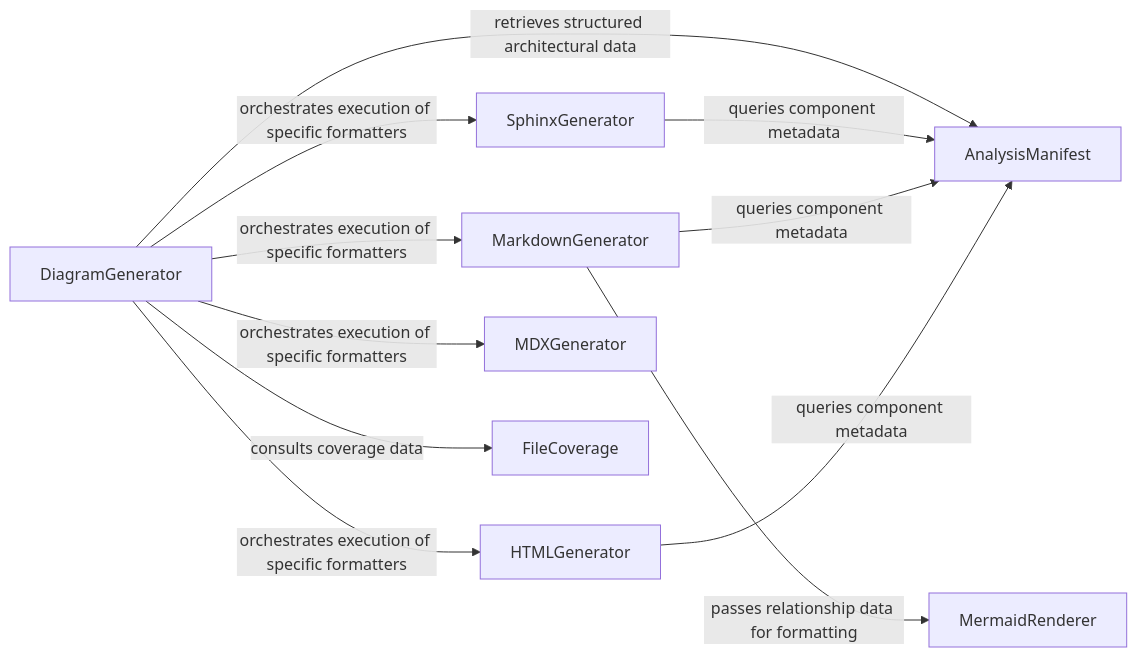
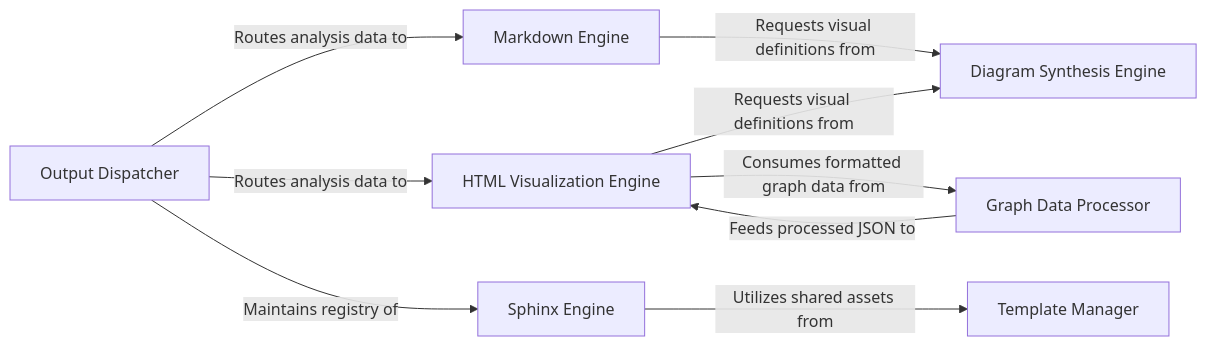
One commit to CodeBoarding/CodeBoarding changed the diagram in .codeboarding/Documentation_Diagram_Generator.md. Above: the diagram before and after it, drawn with Mermaid. The commit also changed other lines of this file and 9 other files, not shown here.

````diff
--- a/.codeboarding/Documentation_Diagram_Generator.md
+++ b/.codeboarding/Documentation_Diagram_Generator.md
@@ -1,21 +1,18 @@
 ```mermaid
 graph LR
-    DiagramGenerator["DiagramGenerator"]
-    AnalysisManifest["AnalysisManifest"]
-    SphinxGenerator["SphinxGenerator"]
-    MarkdownGenerator["MarkdownGenerator"]
-    HTMLGenerator["HTMLGenerator"]
-    MDXGenerator["MDXGenerator"]
-    FileCoverage["FileCoverage"]
-    MermaidRenderer["MermaidRenderer"]
-    DiagramGenerator -- "retrieves structured architectural data" --> AnalysisManifest
-    DiagramGenerator -- "orchestrates execution of specific formatters" --> SphinxGenerator
-    DiagramGenerator -- "orchestrates execution of specific formatters" --> MarkdownGenerator
-    DiagramGenerator -- "orchestrates execution of specific formatters" --> HTMLGenerator
-    DiagramGenerator -- "orchestrates execution of specific formatters" --> MDXGenerator
-    SphinxGenerator -- "queries component metadata" --> AnalysisManifest
-    MarkdownGenerator -- "queries component metadata" --> AnalysisManifest
-    HTMLGenerator -- "queries component metadata" --> AnalysisManifest
-    DiagramGenerator -- "consults coverage data" --> FileCoverage
-    MarkdownGenerator -- "passes relationship data for formatting" --> MermaidRenderer
+    Output_Dispatcher["Output Dispatcher"]
+    Markdown_Engine["Markdown Engine"]
+    Sphinx_Engine["Sphinx Engine"]
+    HTML_Visualization_Engine["HTML Visualization Engine"]
+    Diagram_Synthesis_Engine["Diagram Synthesis Engine"]
+    Graph_Data_Processor["Graph Data Processor"]
+    Template_Manager["Template Manager"]
+    Output_Dispatcher -- "Routes analysis data to" --> Markdown_Engine
+    Output_Dispatcher -- "Routes analysis data to" --> HTML_Visualization_Engine
+    Markdown_Engine -- "Requests visual definitions from" --> Diagram_Synthesis_Engine
+    HTML_Visualization_Engine -- "Consumes formatted graph data from" --> Graph_Data_Processor
+    HTML_Visualization_Engine -- "Requests visual definitions from" --> Diagram_Synthesis_Engine
+    Sphinx_Engine -- "Utilizes shared assets from" --> Template_Manager
+    Graph_Data_Processor -- "Feeds processed JSON to" --> HTML_Visualization_Engine
+    Output_Dispatcher -- "Maintains registry of" --> Sphinx_Engine
 ```
````
